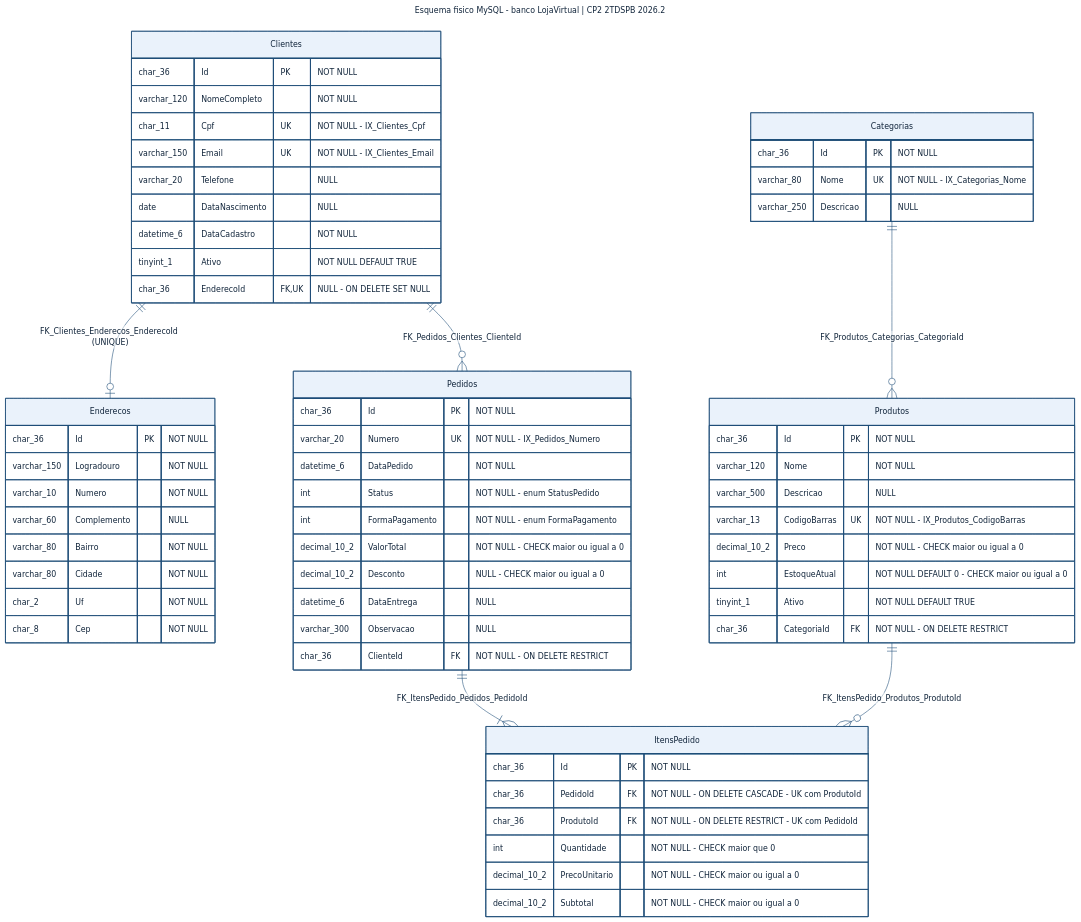
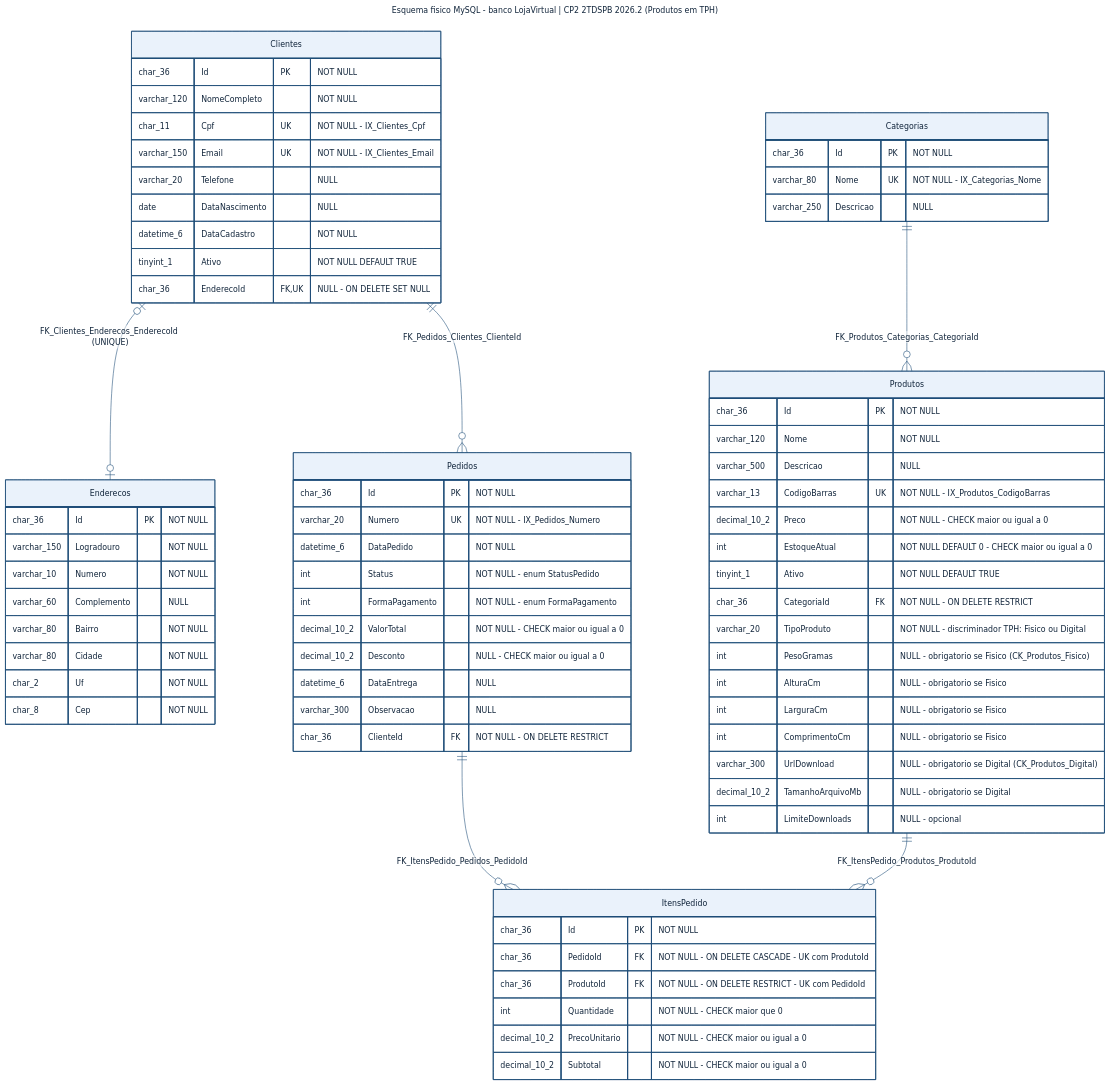
Before and after one commit to kakarneiro/cp1-loja-virtual: the diagram in docs/esquema-fisico.mmd, drawn with Mermaid. The commit also changed 22 other files, not shown here.

First line of the commit message:
CP2: heranca TPH de Produto, endpoints de verificacao e revisao geral

```diff
--- a/docs/esquema-fisico.mmd
+++ b/docs/esquema-fisico.mmd
@@ -1,85 +1,93 @@
 ---
-title: "Esquema fisico MySQL - banco LojaVirtual | CP2 2TDSPB 2026.2"
+title: "Esquema fisico MySQL - banco LojaVirtual | CP2 2TDSPB 2026.2 (Produtos em TPH)"
 config:
   theme: base
   themeVariables:
     fontFamily: "arial"
     fontSize: "14px"
     primaryColor: "#EAF2FB"
     primaryBorderColor: "#1F4E79"
     primaryTextColor: "#10243A"
     lineColor: "#1F4E79"
   er:
     entityPadding: 22
     minEntityWidth: 190
     useMaxWidth: false
 ---
 erDiagram
 
   Clientes {
     char_36       Id             PK "NOT NULL"
     varchar_120   NomeCompleto      "NOT NULL"
     char_11       Cpf            UK "NOT NULL - IX_Clientes_Cpf"
     varchar_150   Email          UK "NOT NULL - IX_Clientes_Email"
     varchar_20    Telefone          "NULL"
     date          DataNascimento    "NULL"
     datetime_6    DataCadastro      "NOT NULL"
     tinyint_1     Ativo             "NOT NULL DEFAULT TRUE"
     char_36       EnderecoId     FK,UK "NULL - ON DELETE SET NULL"
   }
 
   Enderecos {
     char_36       Id             PK "NOT NULL"
     varchar_150   Logradouro        "NOT NULL"
     varchar_10    Numero            "NOT NULL"
     varchar_60    Complemento       "NULL"
     varchar_80    Bairro            "NOT NULL"
     varchar_80    Cidade            "NOT NULL"
     char_2        Uf                "NOT NULL"
     char_8        Cep               "NOT NULL"
   }
 
   Categorias {
     char_36       Id             PK "NOT NULL"
     varchar_80    Nome           UK "NOT NULL - IX_Categorias_Nome"
     varchar_250   Descricao         "NULL"
   }
 
   Produtos {
     char_36       Id             PK "NOT NULL"
     varchar_120   Nome              "NOT NULL"
     varchar_500   Descricao         "NULL"
     varchar_13    CodigoBarras   UK "NOT NULL - IX_Produtos_CodigoBarras"
     decimal_10_2  Preco             "NOT NULL - CHECK maior ou igual a 0"
     int           EstoqueAtual      "NOT NULL DEFAULT 0 - CHECK maior ou igual a 0"
     tinyint_1     Ativo             "NOT NULL DEFAULT TRUE"
     char_36       CategoriaId    FK "NOT NULL - ON DELETE RESTRICT"
+    varchar_20    TipoProduto       "NOT NULL - discriminador TPH: Fisico ou Digital"
+    int           PesoGramas        "NULL - obrigatorio se Fisico (CK_Produtos_Fisico)"
+    int           AlturaCm          "NULL - obrigatorio se Fisico"
+    int           LarguraCm         "NULL - obrigatorio se Fisico"
+    int           ComprimentoCm     "NULL - obrigatorio se Fisico"
+    varchar_300   UrlDownload       "NULL - obrigatorio se Digital (CK_Produtos_Digital)"
+    decimal_10_2  TamanhoArquivoMb  "NULL - obrigatorio se Digital"
+    int           LimiteDownloads   "NULL - opcional"
   }
 
   Pedidos {
     char_36       Id             PK "NOT NULL"
     varchar_20    Numero         UK "NOT NULL - IX_Pedidos_Numero"
     datetime_6    DataPedido        "NOT NULL"
     int           Status            "NOT NULL - enum StatusPedido"
     int           FormaPagamento    "NOT NULL - enum FormaPagamento"
     decimal_10_2  ValorTotal        "NOT NULL - CHECK maior ou igual a 0"
     decimal_10_2  Desconto          "NULL - CHECK maior ou igual a 0"
     datetime_6    DataEntrega       "NULL"
     varchar_300   Observacao        "NULL"
     char_36       ClienteId      FK "NOT NULL - ON DELETE RESTRICT"
   }
 
   ItensPedido {
     char_36       Id             PK "NOT NULL"
     char_36       PedidoId       FK "NOT NULL - ON DELETE CASCADE - UK com ProdutoId"
     char_36       ProdutoId      FK "NOT NULL - ON DELETE RESTRICT - UK com PedidoId"
     int           Quantidade        "NOT NULL - CHECK maior que 0"
     decimal_10_2  PrecoUnitario     "NOT NULL - CHECK maior ou igual a 0"
     decimal_10_2  Subtotal          "NOT NULL - CHECK maior ou igual a 0"
   }
 
-  Clientes   ||--o| Enderecos   : "FK_Clientes_Enderecos_EnderecoId (UNIQUE)"
+  Clientes   |o--o| Enderecos   : "FK_Clientes_Enderecos_EnderecoId (UNIQUE)"
   Clientes   ||--o{ Pedidos     : "FK_Pedidos_Clientes_ClienteId"
   Categorias ||--o{ Produtos    : "FK_Produtos_Categorias_CategoriaId"
-  Pedidos    ||--|{ ItensPedido : "FK_ItensPedido_Pedidos_PedidoId"
+  Pedidos    ||--o{ ItensPedido : "FK_ItensPedido_Pedidos_PedidoId"
   Produtos   ||--o{ ItensPedido : "FK_ItensPedido_Produtos_ProdutoId"
```
